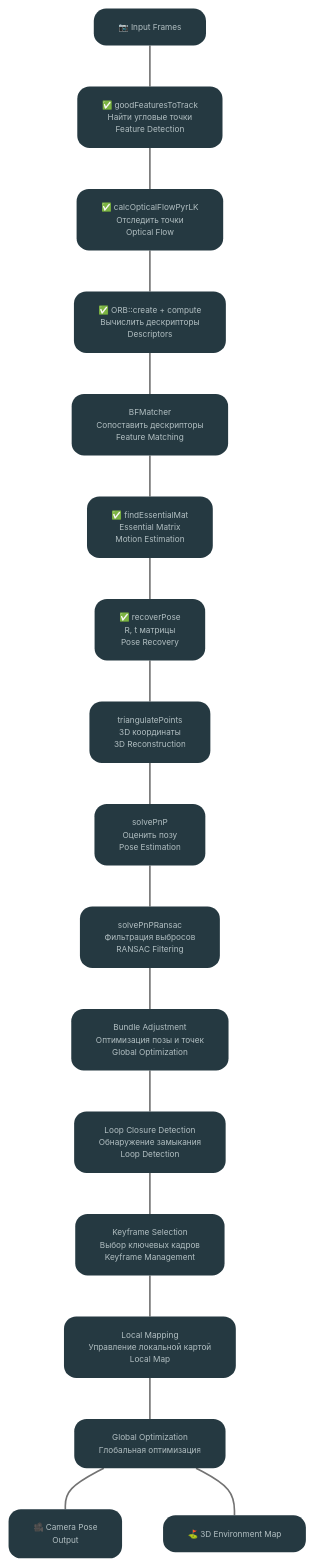
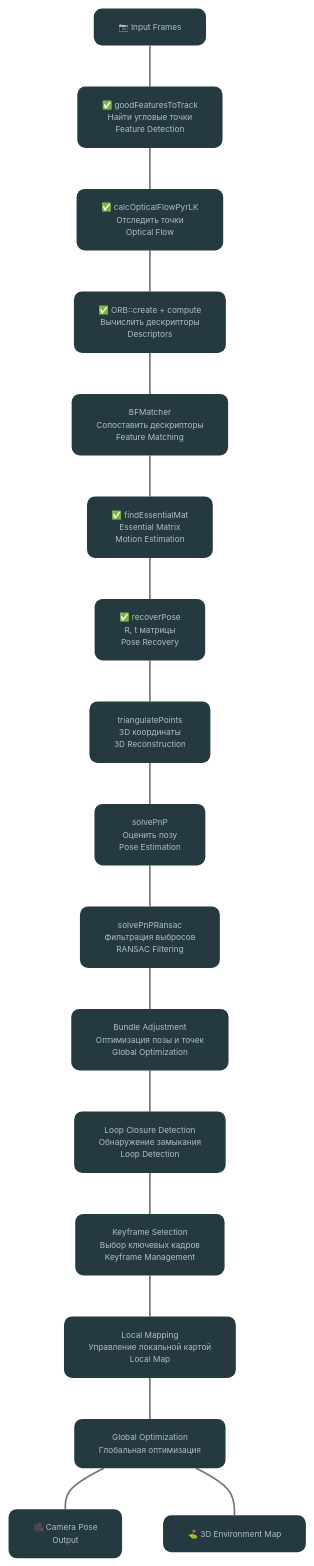
The diagram in README.md (alexcubor/Yadviga-SLAM), drawn with Mermaid before and after one commit.

Commit message:
Update nodes

````diff
--- a/README.md
+++ b/README.md
@@ -9,76 +9,76 @@
 ```mermaid
 %%{init: {'theme': 'base', 'themeVariables': { 'fontSize': '12px', 'fontFamily': 'arial' }}}%%
 graph TD
     %% Input Node
     A["📷 Input Frames"]
     
     %% Feature Detection
     B["✅ goodFeaturesToTrack<br/>Найти угловые точки<br/>Feature Detection"]
     
     %% Optical Flow
     C["✅ calcOpticalFlowPyrLK<br/>Отследить точки<br/>Optical Flow"]
     
     %% Descriptors
     D["✅ ORB::create + compute<br/>Вычислить дескрипторы<br/>Descriptors"]
     
     %% Feature Matching
     E["BFMatcher<br/>Сопоставить дескрипторы<br/>Feature Matching"]
     
     %% Motion Estimation
     F["✅ findEssentialMat<br/>Essential Matrix<br/>Motion Estimation"]
     
     %% Pose Recovery
     G["✅ recoverPose<br/>R, t матрицы<br/>Pose Recovery"]
     
     %% 3D Reconstruction
     H["triangulatePoints<br/>3D координаты<br/>3D Reconstruction"]
     
     %% Pose Estimation
     I["solvePnP<br/>Оценить позу<br/>Pose Estimation"]
     
     %% RANSAC Filtering
     J["solvePnPRansac<br/>Фильтрация выбросов<br/>RANSAC Filtering"]
     
     %% Bundle Adjustment
     K["Bundle Adjustment<br/>Оптимизация позы и точек<br/>Global Optimization"]
     
     %% Loop Closure Detection
     L["Loop Closure Detection<br/>Обнаружение замыкания<br/>Loop Detection"]
     
     %% Keyframe Selection
     M["Keyframe Selection<br/>Выбор ключевых кадров<br/>Keyframe Management"]
     
     %% Local Mapping
     N["Local Mapping<br/>Управление локальной картой<br/>Local Map"]
     
     %% Global Optimization
     O["Global Optimization<br/>Глобальная оптимизация"]
     
     %% Output
     P["🎥 Camera Pose<br/>Output"]
     Q["⛳️ 3D Environment Map"]
     
     %% Linear pipeline flow
     A --- B
     B --- C
     C --- D
     D --- E
     E --- F
     F --- G
     G --- H
     H --- I
     I --- J
     J --- K
     K --- L
     L --- M
     M --- N
     N --- O
     O --- P
     O --- Q
     
     %% Unified styling for all nodes
-    classDef default fill:#253941, stroke-width:0, rx:15,ry:15,font-size:10px,color:#b2bfc2
+    classDef default fill:#253941, stroke-width:0, rx:10,ry:10,font-size:10px,color:#b2bfc2
     
     %% Styling for arrows
     linkStyle default stroke:#737373,stroke-width:2px
 ```
````
